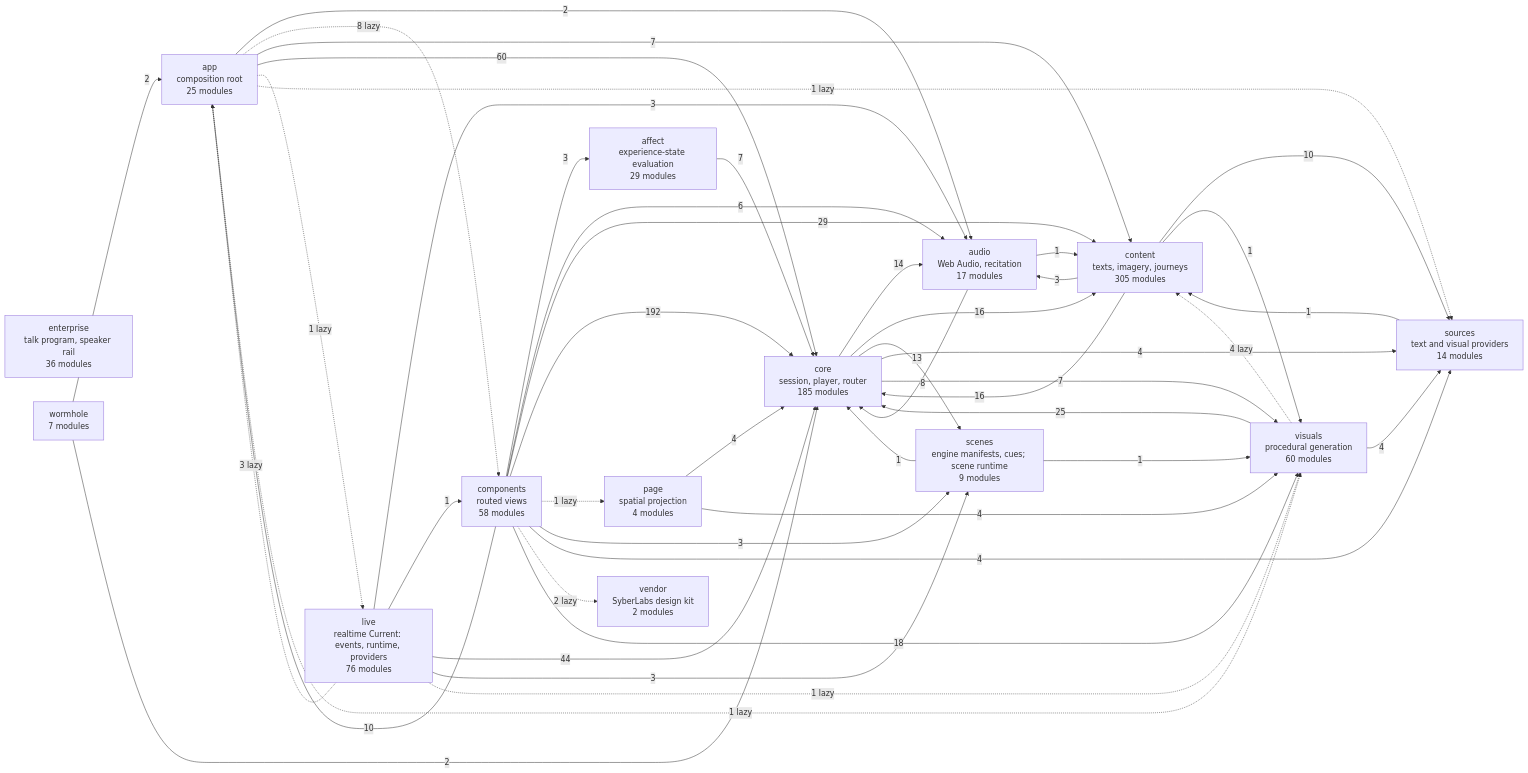
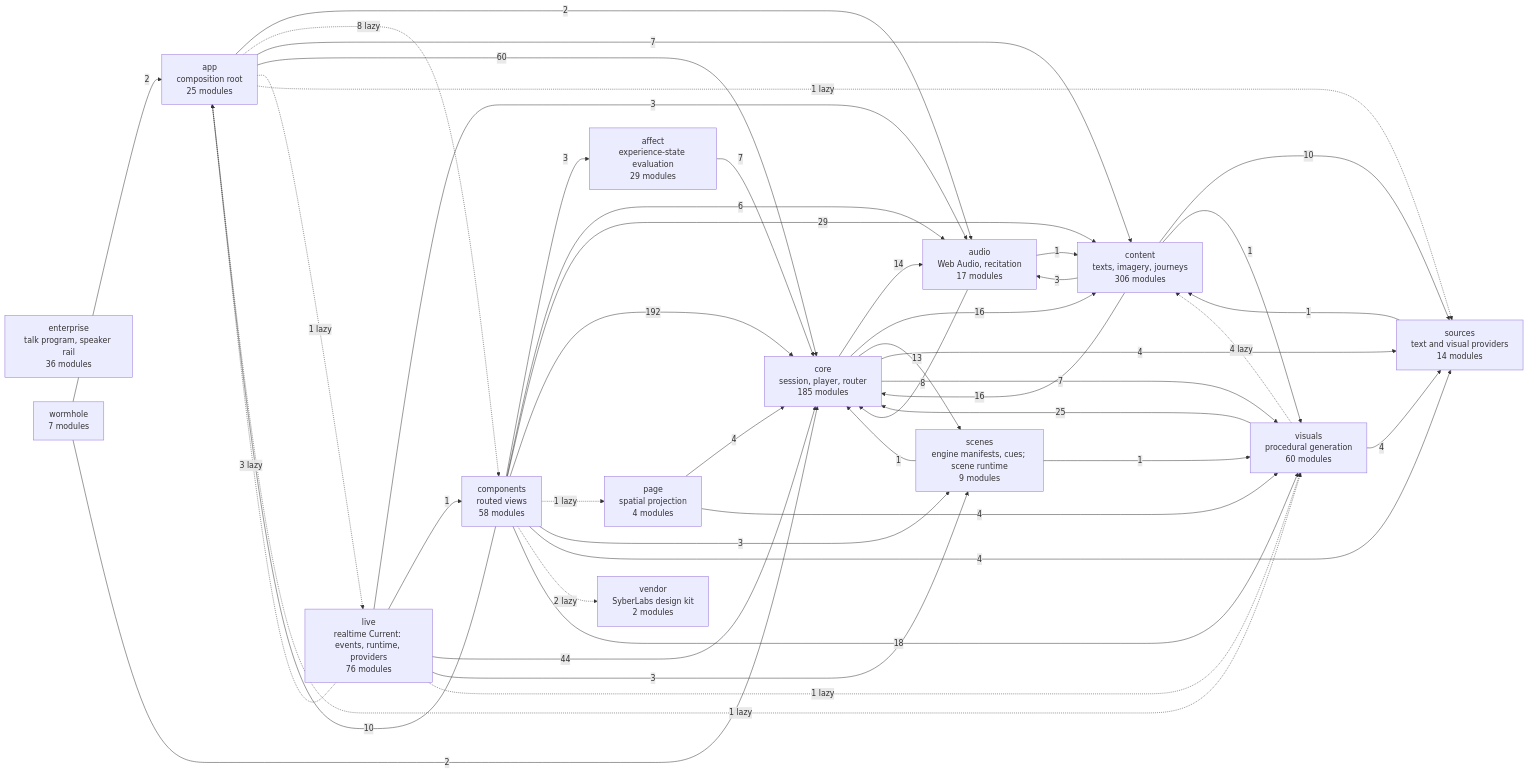
The diagram in docs/specs/ARCHITECTURE.md (SyberLabs/RISE), drawn with Mermaid before and after one commit. The commit also changed 16 other files, not shown here.

````diff
--- a/docs/specs/ARCHITECTURE.md
+++ b/docs/specs/ARCHITECTURE.md
@@ -161,63 +161,63 @@
 ```mermaid
 flowchart LR
     affect["affect<br/>experience-state evaluation<br/>29 modules"]
     app["app<br/>composition root<br/>25 modules"]
     audio["audio<br/>Web Audio, recitation<br/>17 modules"]
     components["components<br/>routed views<br/>58 modules"]
-    content["content<br/>texts, imagery, journeys<br/>305 modules"]
+    content["content<br/>texts, imagery, journeys<br/>306 modules"]
     core["core<br/>session, player, router<br/>185 modules"]
     enterprise["enterprise<br/>talk program, speaker rail<br/>36 modules"]
     live["live<br/>realtime Current: events, runtime, providers<br/>76 modules"]
     page["page<br/>spatial projection<br/>4 modules"]
     scenes["scenes<br/>engine manifests, cues; scene runtime<br/>9 modules"]
     sources["sources<br/>text and visual providers<br/>14 modules"]
     vendor["vendor<br/>SyberLabs design kit<br/>2 modules"]
     visuals["visuals<br/>procedural generation<br/>60 modules"]
     wormhole["wormhole<br/>7 modules"]
 
     affect --> |7| core
     app --> |2| audio
     app -.-> |8 lazy| components
     app --> |7| content
     app --> |60| core
     app -.-> |1 lazy| live
     app -.-> |1 lazy| sources
     app -.-> |1 lazy| visuals
     audio --> |1| content
     audio --> |8| core
     components --> |3| affect
     components --> |10| app
     components --> |6| audio
     components --> |29| content
     components --> |192| core
     components -.-> |1 lazy| page
     components --> |3| scenes
     components --> |4| sources
     components -.-> |2 lazy| vendor
     components --> |18| visuals
     content --> |3| audio
     content --> |16| core
     content --> |10| sources
     content --> |1| visuals
     core --> |14| audio
     core --> |16| content
     core --> |13| scenes
     core --> |4| sources
     core --> |7| visuals
     live -.-> |3 lazy| app
     live --> |3| audio
     live --> |1| components
     live --> |44| core
     live --> |3| scenes
     live -.-> |1 lazy| visuals
     page --> |4| core
     page --> |4| visuals
     scenes --> |1| core
     scenes --> |1| visuals
     sources --> |1| content
     visuals -.-> |4 lazy| content
     visuals --> |25| core
     visuals --> |4| sources
     wormhole --> |2| app
     wormhole --> |2| core
 ```
````
